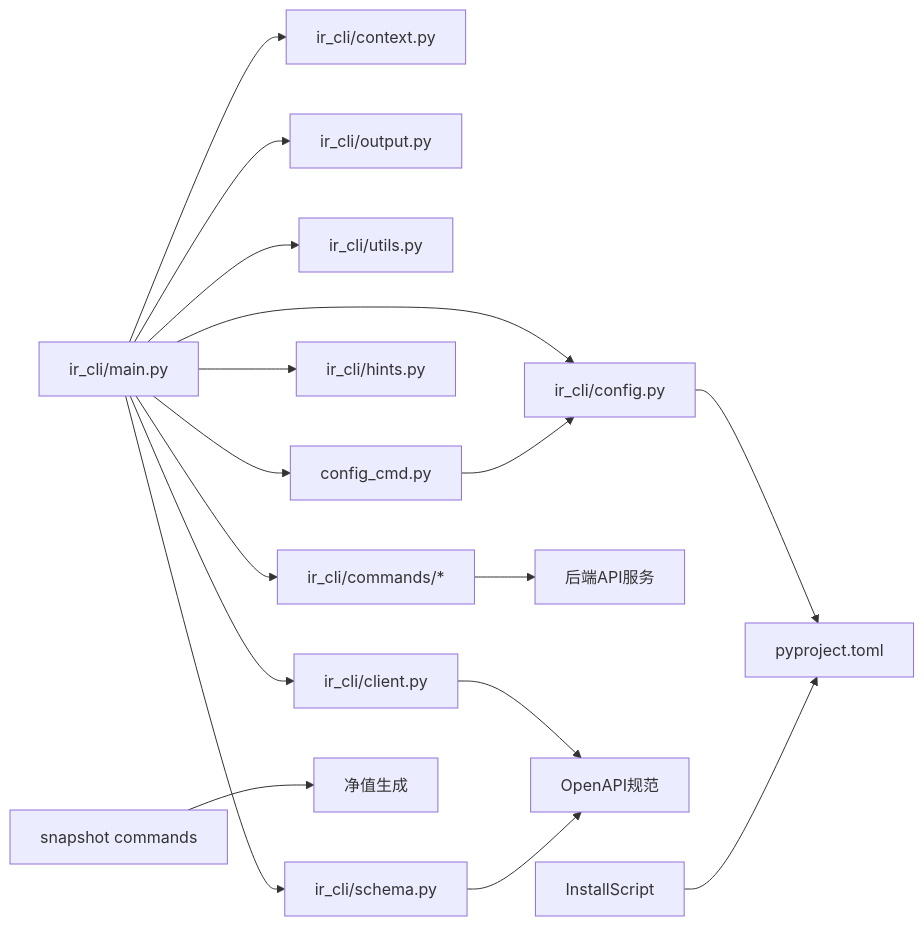
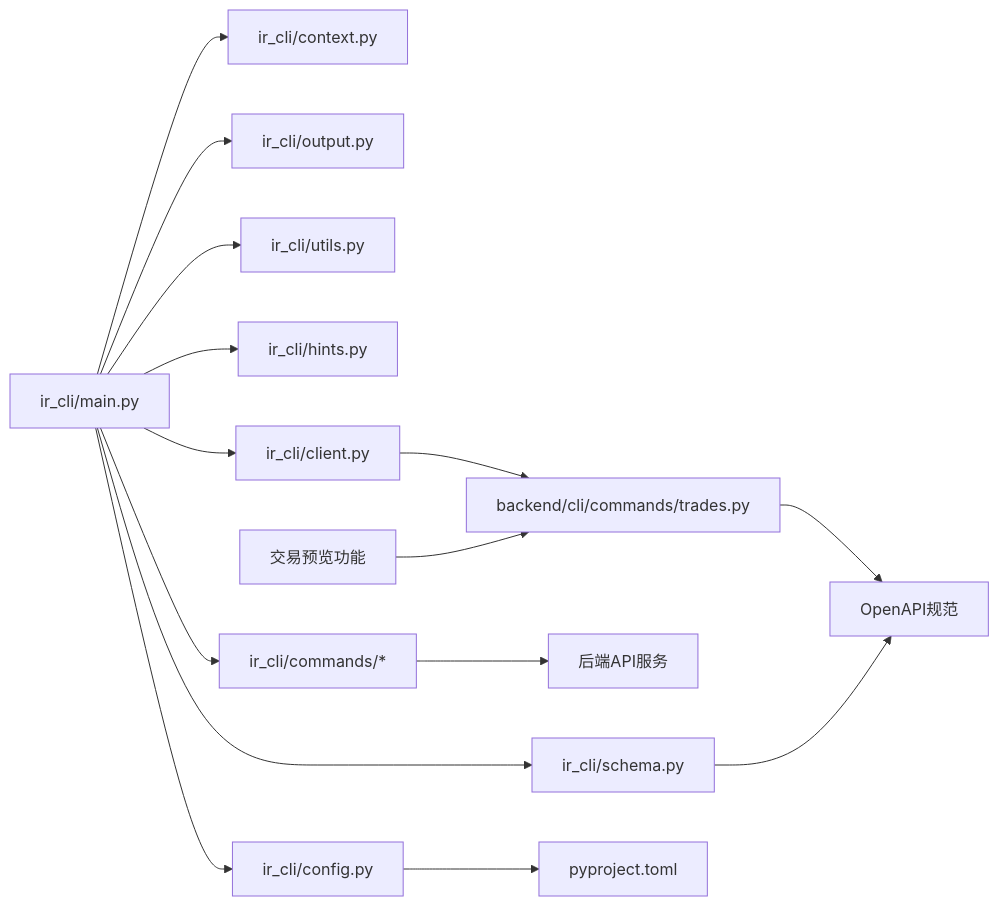
The fourth of 4 diagrams in .qoder/repowiki/zh/content/开发指南/InvestRing Admin CLI 工具.md (gujialind/InvestRing), drawn with Mermaid before and after one commit. The commit also changed other lines of this file and 19 other files, not shown here.

````diff
--- a/.qoder/repowiki/zh/content/开发指南/InvestRing Admin CLI 工具.md
+++ b/.qoder/repowiki/zh/content/开发指南/InvestRing Admin CLI 工具.md
@@ -518,19 +228,17 @@
 ```mermaid
 graph LR
 Main["ir_cli/main.py"] --> Ctx["ir_cli/context.py"]
 Main --> Out["ir_cli/output.py"]
 Main --> Utils["ir_cli/utils.py"]
 Main --> Schema["ir_cli/schema.py"]
 Main --> Hints["ir_cli/hints.py"]
 Main --> Config["ir_cli/config.py"]
 Main --> Client["ir_cli/client.py"]
 Main --> Cmds["ir_cli/commands/*"]
-Main --> ConfigCmd["config_cmd.py"]
 Cmds --> Services["后端API服务"]
-Client --> API["OpenAPI规范"]
+Client --> BackendCLI["backend/cli/commands/trades.py"]
+BackendCLI --> API["OpenAPI规范"]
 Config --> PyProj["pyproject.toml"]
-ConfigCmd --> Config
-InstallScript --> PyProj
 Schema --> API
-SnapshotCmd["snapshot commands"] --> NavGen["净值生成"]
+TradePreview["交易预览功能"] --> BackendCLI
 ```
````
